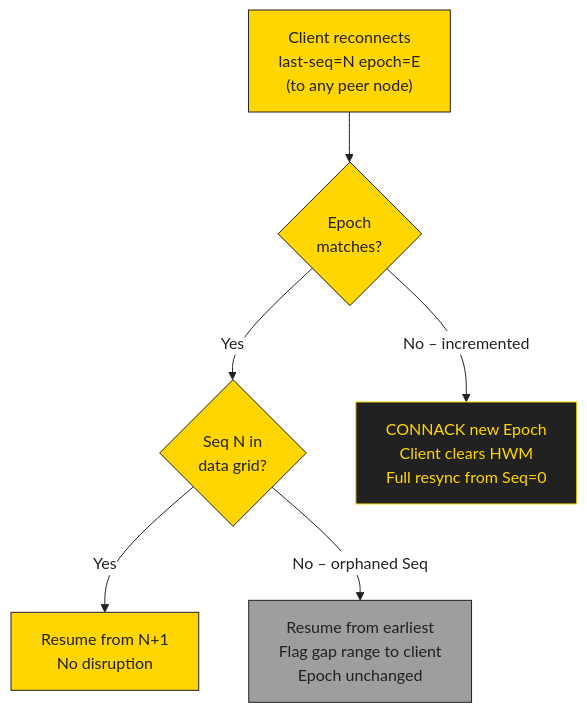
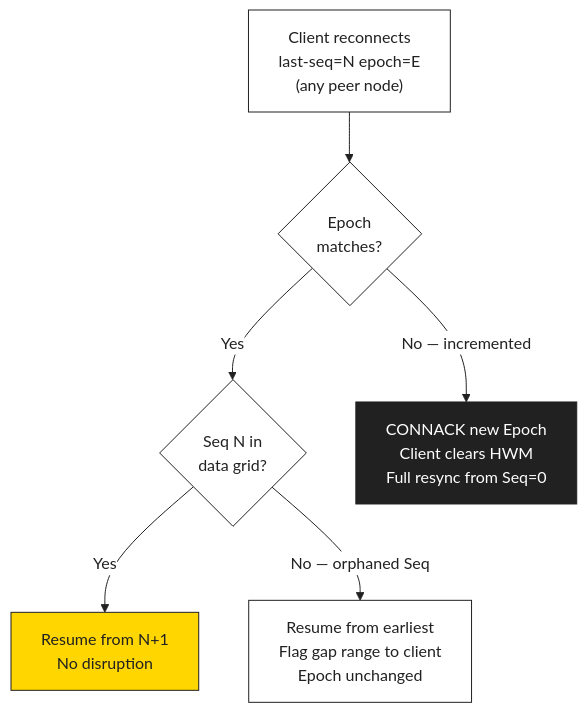
The sixth of 8 diagrams in docs/diagrams/cluster-failover.md (bsommers/mqtt-6.0-proposal), drawn with Mermaid before and after one commit. The commit also changed other lines of this file and 2 other files, not shown here.

First line of the commit message:
Clean up diagram colors and fix \n rendering in Mermaid

````diff
--- a/docs/diagrams/cluster-failover.md
+++ b/docs/diagrams/cluster-failover.md
@@ -133,19 +131,17 @@
 ```mermaid
-%%{init:{'theme':'base','themeVariables':{'primaryColor':'#FFD600','primaryTextColor':'#212121','primaryBorderColor':'#212121','lineColor':'#212121','edgeLabelBackground':'#FFFFFF'}}}%%
+%%{init:{'theme':'base','themeVariables':{'primaryColor':'#FFFFFF','primaryTextColor':'#212121','primaryBorderColor':'#212121','lineColor':'#212121','edgeLabelBackground':'#FFFFFF'}}}%%
 flowchart TD
-    RC["Client reconnects\nlast-seq=N epoch=E\n(to any peer node)"] --> E{"Epoch\nmatches?"}
+    RC["Client reconnects<br/>last-seq=N epoch=E<br/>(any peer node)"] --> E{"Epoch<br/>matches?"}
 
-    E -->|Yes| S{"Seq N in\ndata grid?"}
-    E -->|No – incremented| RESET["CONNACK new Epoch\nClient clears HWM\nFull resync from Seq=0"]
+    E -->|Yes| S{"Seq N in<br/>data grid?"}
+    E -->|No — incremented| RESET["CONNACK new Epoch<br/>Client clears HWM<br/>Full resync from Seq=0"]
 
-    S -->|Yes| RESUME["Resume from N+1\nNo disruption"]
-    S -->|No – orphaned Seq| GAP["Resume from earliest\nFlag gap range to client\nEpoch unchanged"]
+    S -->|Yes| RESUME["Resume from N+1<br/>No disruption"]
+    S -->|No — orphaned Seq| GAP["Resume from earliest<br/>Flag gap range to client<br/>Epoch unchanged"]
 
-    classDef ok fill:#FFD600,stroke:#212121,color:#212121
-    classDef warn fill:#9E9E9E,stroke:#212121,color:#212121
-    classDef crit fill:#212121,stroke:#FFD600,color:#FFD600
+    classDef highlight fill:#FFD600,stroke:#212121,color:#212121
+    classDef critical fill:#212121,stroke:#212121,color:#FFFFFF
 
-    class RESUME ok
-    class GAP warn
-    class RESET crit
+    class RESUME highlight
+    class RESET critical
 ```
````
